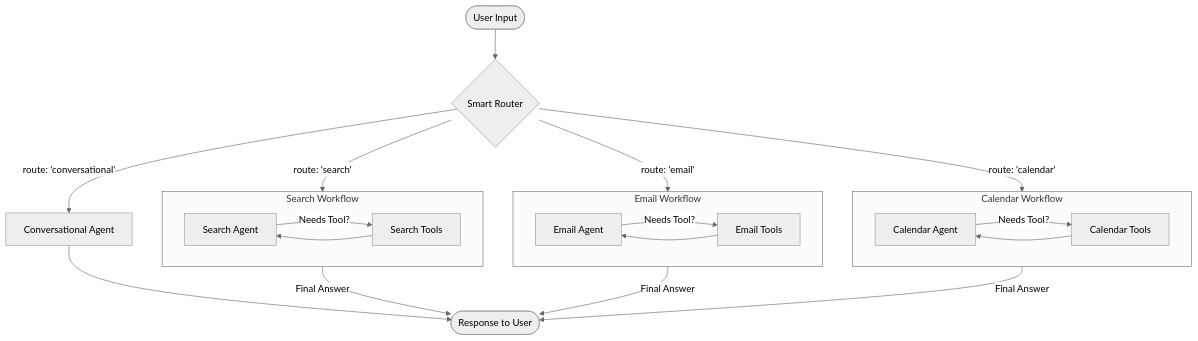
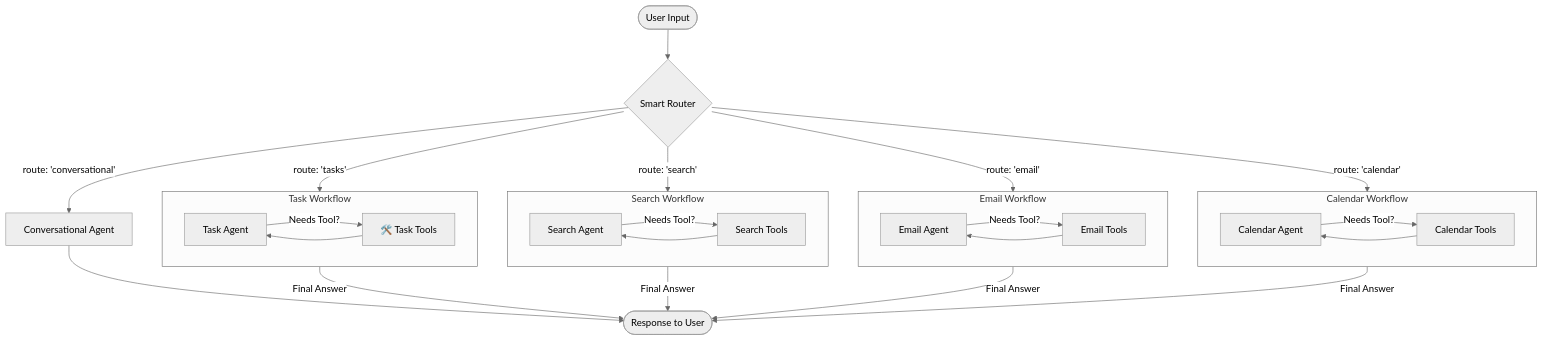
The diagram in README.md (berkyalkn/ai-personal-assistant), drawn with Mermaid (neutral theme) before and after one commit. The commit also changed other lines of this file, not shown here.

````diff
--- a/README.md
+++ b/README.md
@@ -46,32 +52,40 @@
 ```mermaid
 graph TD
     UserInput(["User Input"]) --> Router{"Smart Router"};
 
     Router -- route: 'calendar' --> CalendarAgent[Calendar Agent];
     Router -- route: 'email' --> EmailAgent[Email Agent];
     Router -- route: 'search' --> SearchAgent[Search Agent];
+    Router -- route: 'tasks' --> TaskAgent[Task Agent];
     Router -- route: 'conversational' --> ConversationalAgent[Conversational Agent];
 
     subgraph Calendar Workflow
         direction LR
         CalendarAgent -- "Needs Tool?" --> CalendarTools[Calendar Tools];
         CalendarTools --> CalendarAgent;
     end
 
     subgraph Email Workflow
         direction LR
         EmailAgent -- "Needs Tool?" --> EmailTools[Email Tools];
         EmailTools --> EmailAgent;
     end
 
     subgraph Search Workflow
         direction LR
         SearchAgent -- "Needs Tool?" --> SearchTools[Search Tools];
         SearchTools --> SearchAgent;
     end
+
+    subgraph Task Workflow
+        direction LR
+        TaskAgent -- "Needs Tool?" --> TaskTools[🛠️ Task Tools];
+        TaskTools --> TaskAgent;
+    end
     
     CalendarAgent -- "Final Answer" --> EndPoint([Response to User]);
     EmailAgent -- "Final Answer" --> EndPoint;
     SearchAgent -- "Final Answer" --> EndPoint;
+    TaskAgent -- "Final Answer" --> EndPoint;
     ConversationalAgent --> EndPoint;
 ```
````
